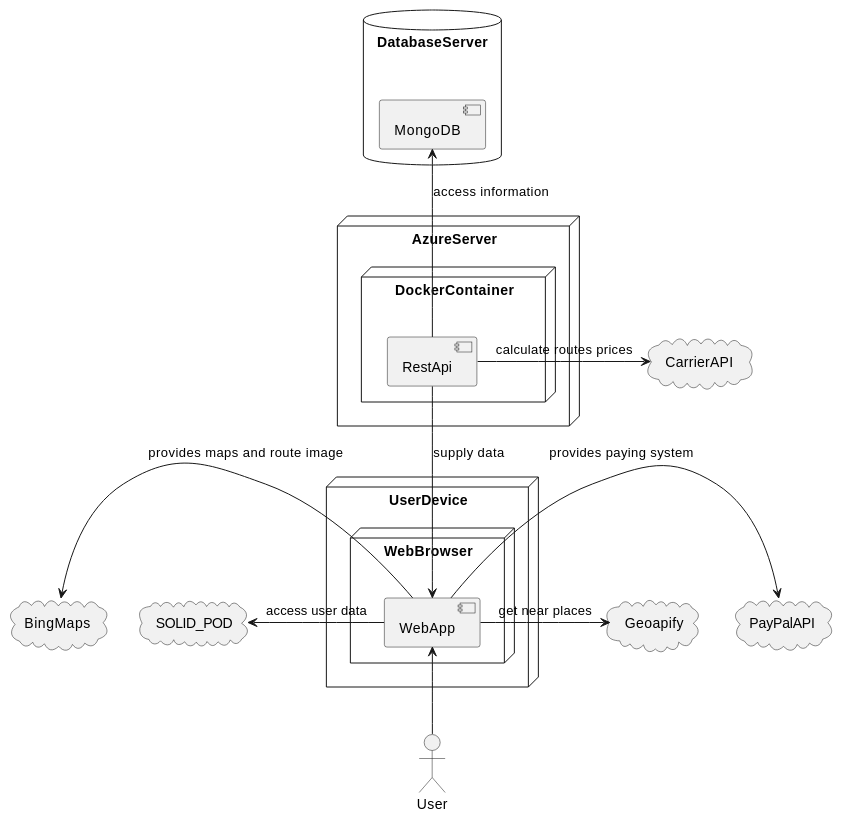
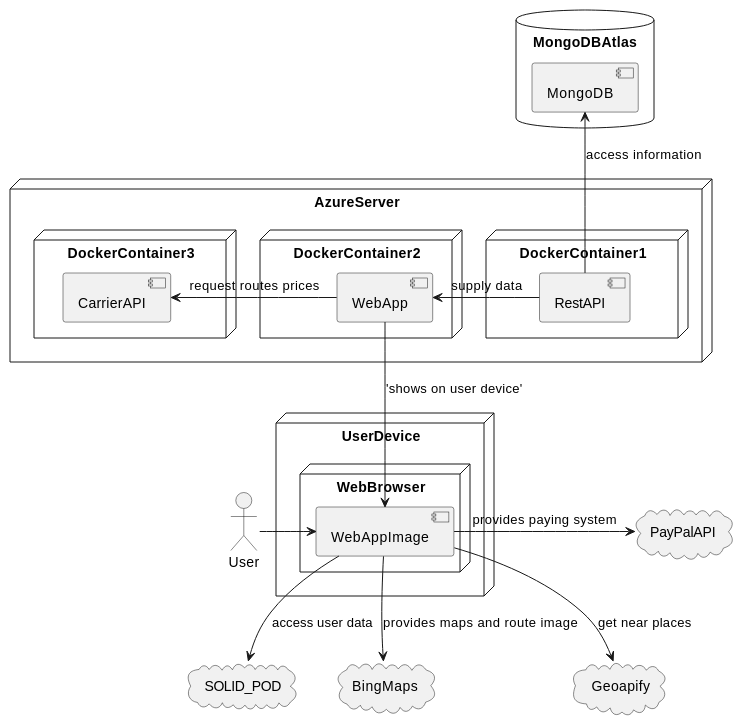
One commit to Arquisoft/dede_en2a changed the diagram in docs/07_deployment_view.adoc. Above: the diagram before and after it, drawn with PlantUML. The commit also changed 3 other files, not shown here.

```diff
--- a/docs/07_deployment_view.adoc
+++ b/docs/07_deployment_view.adoc
@@ -6,35 +6,41 @@
 [plantuml, "07_DeploymentView", png]
 ----
 node AzureServer{
-    node DockerContainer {
-        component RestApi
+    node DockerContainer1 {
+        component RestAPI
+    }
+    node DockerContainer2 {
+        component WebApp
+    }
+    node DockerContainer3 {
+        component CarrierAPI
     }
 }
 
 node UserDevice {
     node WebBrowser {
-        component WebApp
+        component WebAppImage
     }
 }
 
-database DatabaseServer {
+database MongoDBAtlas{
     component MongoDB
 }
 
 Actor User
 
 cloud SOLID_POD
-cloud CarrierAPI
 cloud BingMaps
 cloud Geoapify
 cloud PayPalAPI
 
-RestApi -u-> MongoDB : "access information"
-WebApp -l-> SOLID_POD : "access user data"
-WebApp -l-> BingMaps : "provides maps and route image"
-WebApp -r-> Geoapify : "get near places"
-WebApp -r-> PayPalAPI : "provides paying system"
-RestApi -d-> WebApp : "supply data"
-RestApi -r-> CarrierAPI : "calculate routes prices"
-WebApp <-d- User
+RestAPI -u-> MongoDB : "access information"
+WebAppImage -d-> SOLID_POD : "access user data"
+WebAppImage -d-> BingMaps : "provides maps and route image"
+WebAppImage -d-> Geoapify : "get near places"
+WebAppImage -r-> PayPalAPI : "provides paying system"
+RestAPI -l-> WebApp : "supply data"
+WebApp -r-> CarrierAPI : "request routes prices"
+WebApp -d-> WebAppImage : 'shows on user device'
+WebAppImage <-l- User
 ----
```
